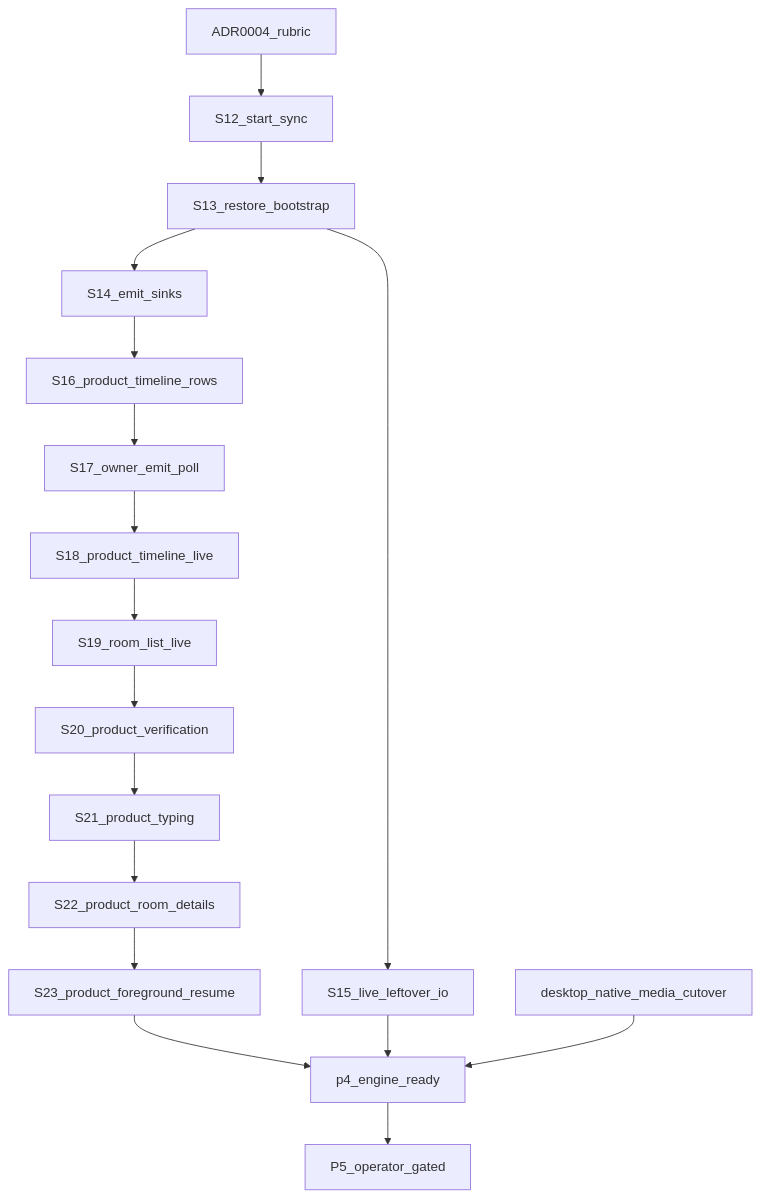
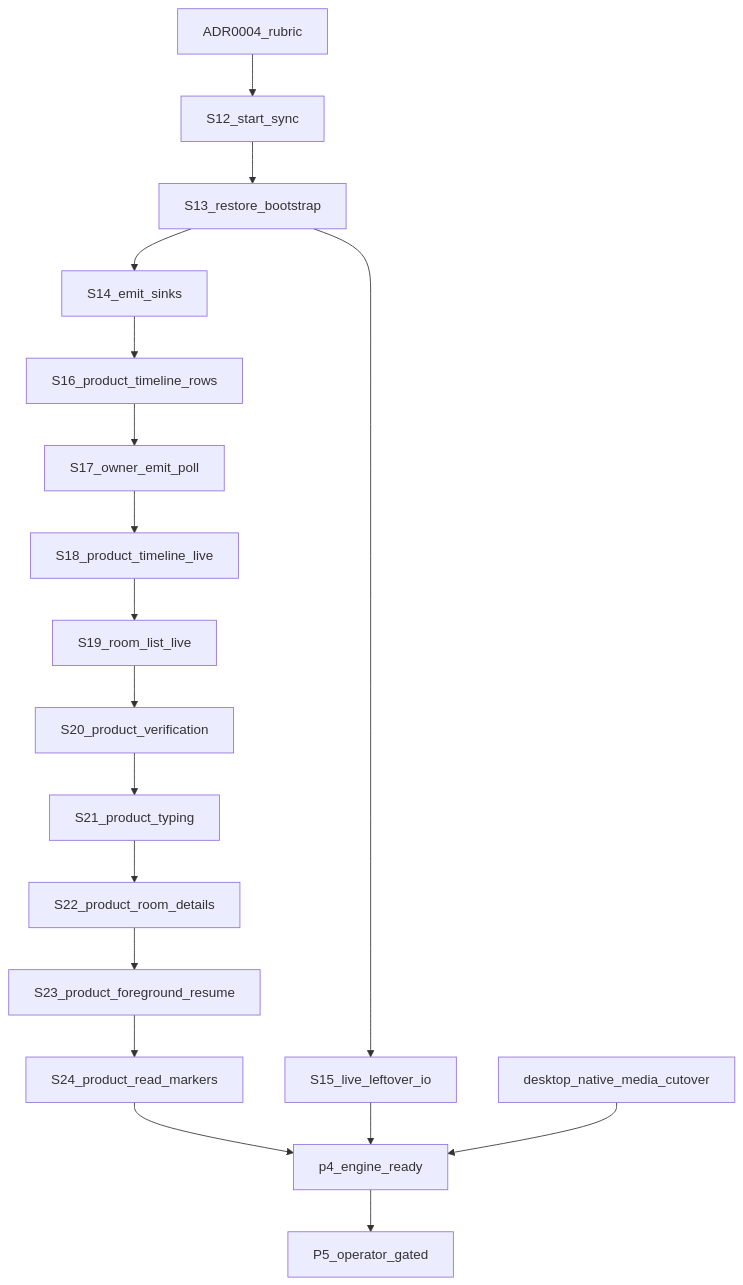
Before and after one commit to nepenth/synara-desktop: the diagram in docs/shared-native-core/13-language-boundary-goal-graph.md, drawn with Mermaid. The commit also changed other lines of this file and 6 other files, not shown here.

First line of the commit message:
feat(ios): consume SharedCore timeline read-state (P4-S24)

````diff
--- a/docs/shared-native-core/13-language-boundary-goal-graph.md
+++ b/docs/shared-native-core/13-language-boundary-goal-graph.md
@@ -46,36 +46,38 @@
 ```mermaid
 flowchart TD
   adr0004[ADR0004_rubric]
   s12[S12_start_sync]
   s13[S13_restore_bootstrap]
   s14[S14_emit_sinks]
   s15[S15_live_leftover_io]
   s16[S16_product_timeline_rows]
   s17[S17_owner_emit_poll]
   s18[S18_product_timeline_live]
   s19[S19_room_list_live]
   s20[S20_product_verification]
   s21[S21_product_typing]
   s22[S22_product_room_details]
   s23[S23_product_foreground_resume]
+  s24[S24_product_read_markers]
   media[desktop_native_media_cutover]
   done[p4_engine_ready]
   p5[P5_operator_gated]
 
   adr0004 --> s12
   s12 --> s13
   s13 --> s14
   s13 --> s15
   s14 --> s16
   s16 --> s17
   s17 --> s18
   s18 --> s19
   s19 --> s20
   s20 --> s21
   s21 --> s22
   s22 --> s23
-  s23 --> done
+  s23 --> s24
+  s24 --> done
   s15 --> done
   media --> done
   done --> p5
 ```
````
